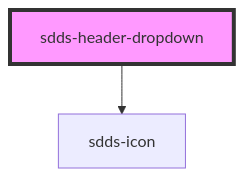
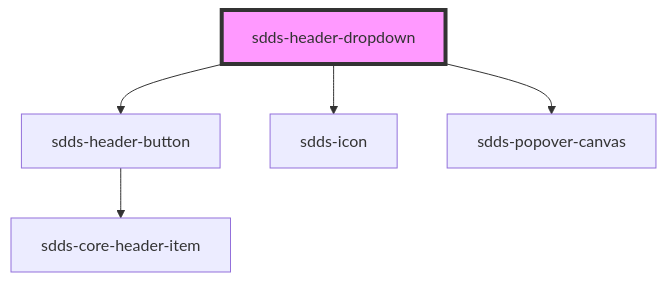
The diagram in tegel/src/components/header/webcomponent/header-dropdown/readme.md (scania-digital-design-system/sdds), drawn with Mermaid before and after one commit. The commit also changed other lines of this file and 168 other files, not shown here.

````diff
--- a/tegel/src/components/header/webcomponent/header-dropdown/readme.md
+++ b/tegel/src/components/header/webcomponent/header-dropdown/readme.md
@@ -45,5 +28,8 @@
 ```mermaid
 graph TD;
+  sdds-header-dropdown --> sdds-header-button
   sdds-header-dropdown --> sdds-icon
+  sdds-header-dropdown --> sdds-popover-canvas
+  sdds-header-button --> sdds-core-header-item
   style sdds-header-dropdown fill:#f9f,stroke:#333,stroke-width:4px
 ```
````
